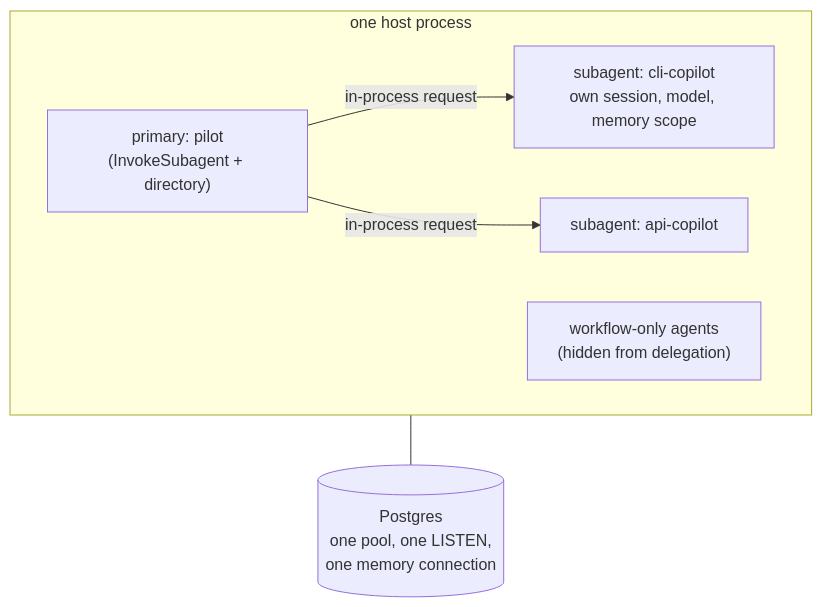
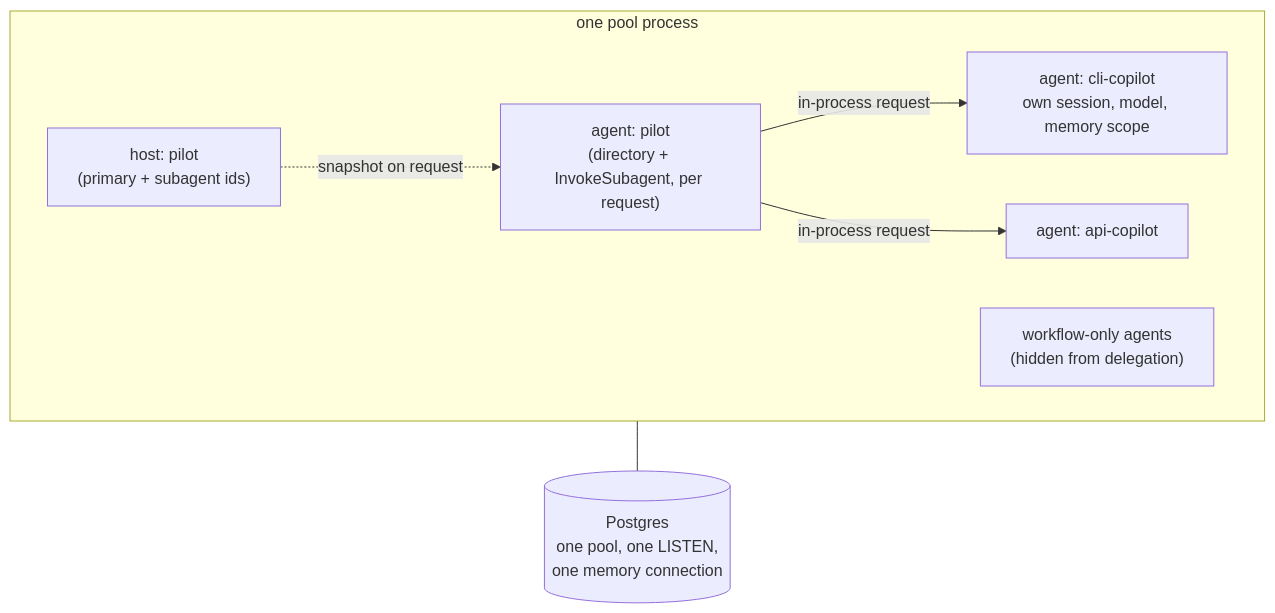
Before and after one commit to imsid/mashpy: the diagram in docs/posts/composing-agents.md, drawn with Mermaid. The commit also changed other lines of this file and 70 other files, not shown here.

````diff
--- a/docs/posts/composing-agents.md
+++ b/docs/posts/composing-agents.md
@@ -68,13 +84,15 @@
 ```mermaid
 flowchart TD
-    subgraph host ["one host process"]
-        P["primary: pilot\n(InvokeSubagent + directory)"]
-        A["subagent: cli-copilot\nown session, model, memory scope"]
-        B["subagent: api-copilot"]
+    subgraph pool ["one pool process"]
+        H["host: pilot\n(primary + subagent ids)"]
+        P["agent: pilot\n(directory + InvokeSubagent, per request)"]
+        A["agent: cli-copilot\nown session, model, memory scope"]
+        B["agent: api-copilot"]
         W["workflow-only agents\n(hidden from delegation)"]
+        H -. "snapshot on request" .-> P
         P -- "in-process request" --> A
         P -- "in-process request" --> B
     end
     PG[("Postgres\none pool, one LISTEN,\none memory connection")]
-    host --- PG
+    pool --- PG
 ```
````
